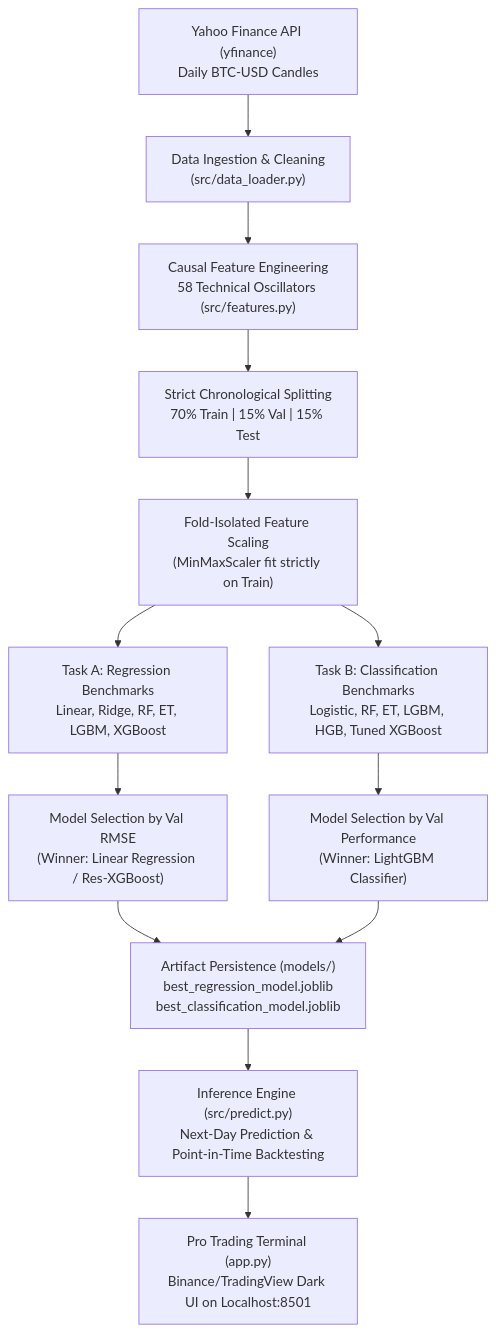
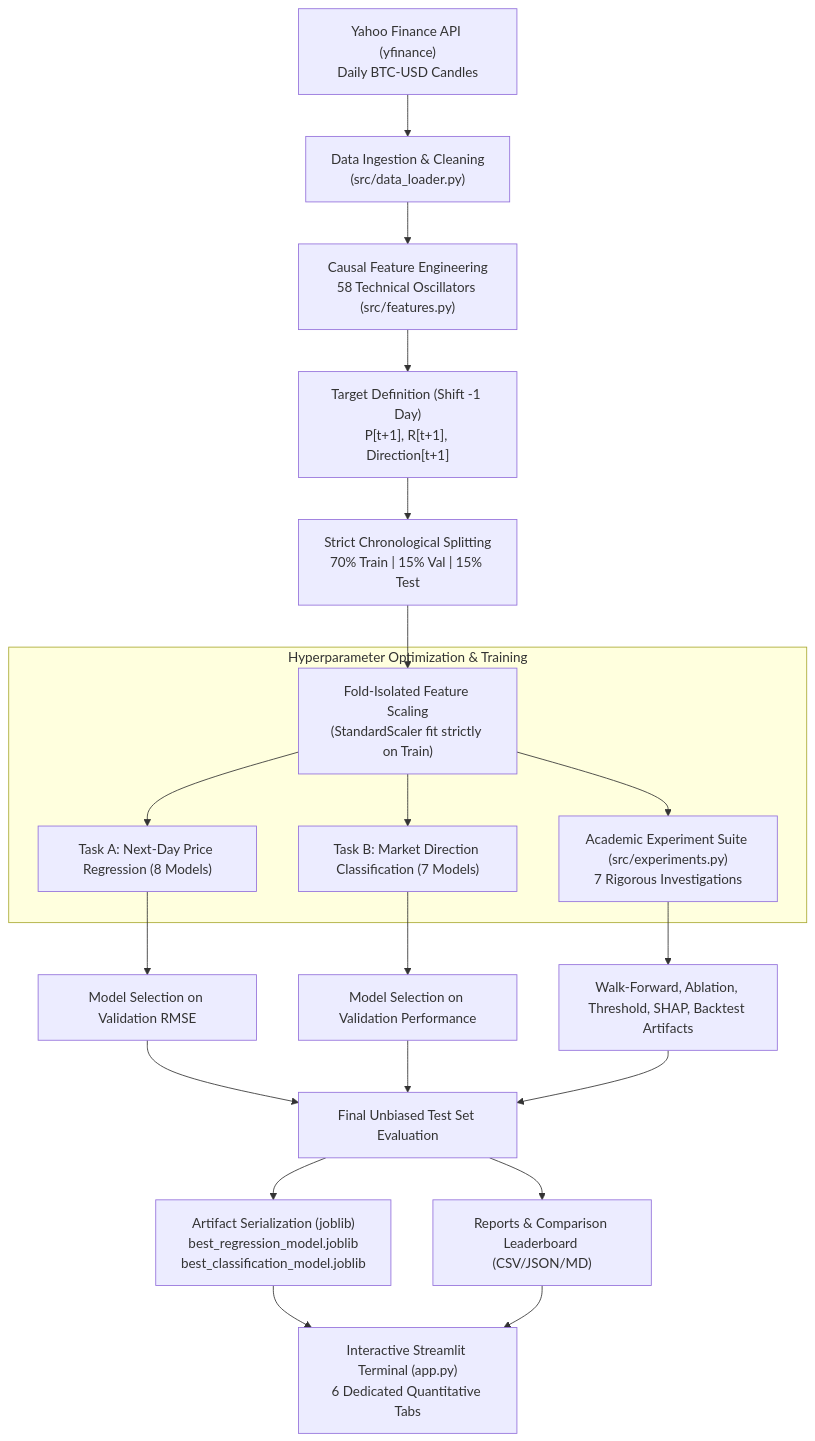
One commit to CodeWidKrish/CryptoPredict-AI changed the diagram in PROJECT_CONTEXT.md. Above: the diagram before and after it, drawn with Mermaid. The commit also changed other lines of this file and 37 other files, not shown here.

Commit message:
feat(academic-upgrade): implement 7-experiment suite, honest martingale baseline audit, 24 unit tests, and 6-tab terminal

````diff
--- a/PROJECT_CONTEXT.md
+++ b/PROJECT_CONTEXT.md
@@ -47,19 +53,28 @@
 ```mermaid
 flowchart TD
     A["Yahoo Finance API (yfinance)<br>Daily BTC-USD Candles"] --> B["Data Ingestion & Cleaning<br>(src/data_loader.py)"]
     B --> C["Causal Feature Engineering<br>58 Technical Oscillators (src/features.py)"]
-    C --> D["Strict Chronological Splitting<br>70% Train | 15% Val | 15% Test"]
-    D --> E["Fold-Isolated Feature Scaling<br>(MinMaxScaler fit strictly on Train)"]
+    C --> D["Target Definition (Shift -1 Day)<br>P[t+1], R[t+1], Direction[t+1]"]
+    D --> E["Strict Chronological Splitting<br>70% Train | 15% Val | 15% Test"]
+    E --> F["Fold-Isolated Feature Scaling<br>(StandardScaler fit strictly on Train)"]
     
-    E --> F1["Task A: Regression Benchmarks<br>Linear, Ridge, RF, ET, LGBM, XGBoost"]
-    E --> F2["Task B: Classification Benchmarks<br>Logistic, RF, ET, LGBM, HGB, Tuned XGBoost"]
+    subgraph Model_Training ["Hyperparameter Optimization & Training"]
+        F --> G1["Task A: Next-Day Price Regression (8 Models)"]
+        F --> G2["Task B: Market Direction Classification (7 Models)"]
+        F --> G3["Academic Experiment Suite (src/experiments.py)<br>7 Rigorous Investigations"]
+    end
     
-    F1 --> G1["Model Selection by Val RMSE<br>(Winner: Linear Regression / Res-XGBoost)"]
-    F2 --> G2["Model Selection by Val Performance<br>(Winner: LightGBM Classifier)"]
+    G1 --> H1["Model Selection on Validation RMSE"]
+    G2 --> H2["Model Selection on Validation Performance"]
+    G3 --> H3["Walk-Forward, Ablation, Threshold, SHAP, Backtest Artifacts"]
     
-    G1 --> H["Artifact Persistence (models/)<br>best_regression_model.joblib<br>best_classification_model.joblib"]
-    G2 --> H
+    H1 --> I["Final Unbiased Test Set Evaluation"]
+    H2 --> I
+    H3 --> I
     
-    H --> I["Inference Engine (src/predict.py)<br>Next-Day Prediction & Point-in-Time Backtesting"]
-    I --> J["Pro Trading Terminal (app.py)<br>Binance/TradingView Dark UI on Localhost:8501"]
+    I --> J["Artifact Serialization (joblib)<br>best_regression_model.joblib<br>best_classification_model.joblib"]
+    I --> K["Reports & Comparison Leaderboard (CSV/JSON/MD)"]
+    
+    J --> L["Interactive Streamlit Terminal (app.py)<br>6 Dedicated Quantitative Tabs"]
+    K --> L
 ```
````
